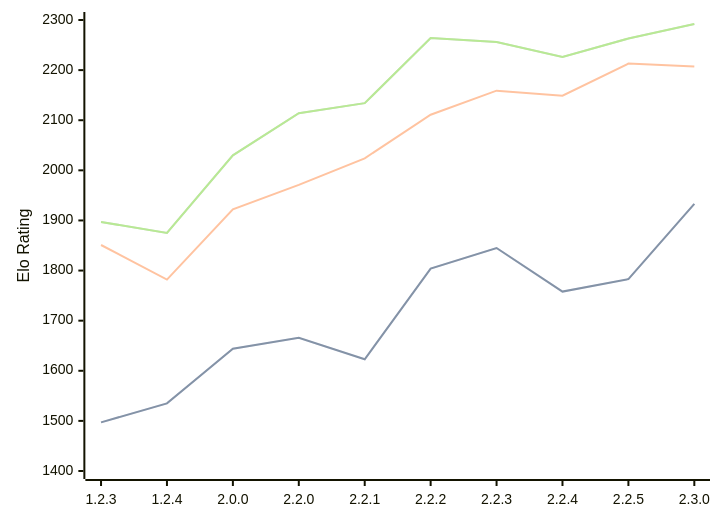
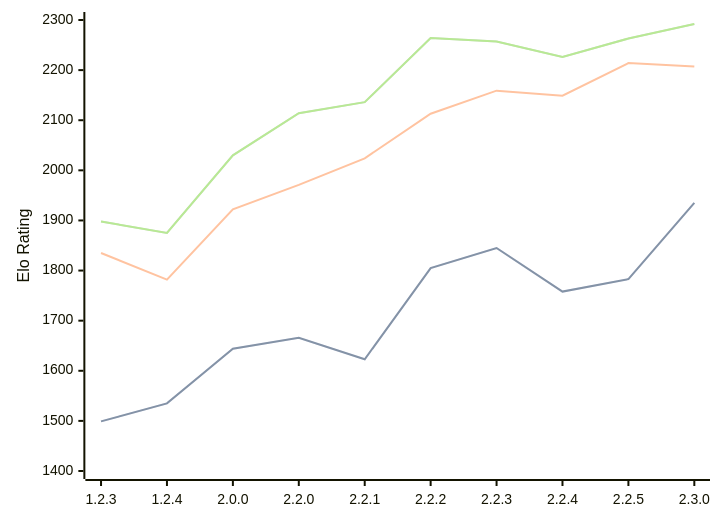
The diagram in engines/Kreveta.md (computer-chess-index/cci), drawn with Mermaid before and after one commit. The commit also changed other lines of this file, not shown here.

Commit message:
Update CCI Ratings (ELO VLTC) - 2026-05-06

````diff
--- a/engines/Kreveta.md
+++ b/engines/Kreveta.md
@@ -42,11 +42,11 @@
 ```mermaid
 %%{init: {"theme":"base","themeVariables":{"seriesColors:['#a3a3a3','#222221','#faa371']}}}%%
 xychart-beta
   x-axis ["1.2.3", "1.2.4", "2.0.0", "2.2.0", "2.2.1", "2.2.2", "2.2.3", "2.2.4", "2.2.5", "2.3.0"]
   y-axis "Elo Rating" 1400 --> 2300
-  line "STC (8.0+0.08s)" [1497, 1535, 1644, 1666, 1623, 1804, 1845, 1758, 1783, 1933]
-  line "STC (8.0+0.08s)" [1497, 1535, 1644, 1666, 1623, 1804, 1845, 1758, 1783, 1933]
-  line "LTC (60.0+0.60s)" [1851, 1782, 1922, 1971, 2024, 2111, 2159, 2149, 2213, 2207]
-  line "VLTC (2m24s+1.12s)" [1897, 1875, 2030, 2114, 2134, 2264, 2256, 2226, 2263, 2292]
-  line "VLTC (2m24s+1.12s)" [1897, 1875, 2030, 2114, 2134, 2264, 2256, 2226, 2263, 2292]
+  line "STC (8.0+0.08s)" [1499, 1535, 1644, 1666, 1623, 1805, 1845, 1758, 1783, 1935]
+  line "STC (8.0+0.08s)" [1499, 1535, 1644, 1666, 1623, 1805, 1845, 1758, 1783, 1935]
+  line "LTC (60.0+0.60s)" [1835, 1782, 1922, 1971, 2024, 2113, 2159, 2149, 2214, 2207]
+  line "VLTC (2m24s+1.12s)" [1898, 1875, 2030, 2114, 2136, 2264, 2257, 2226, 2263, 2292]
+  line "VLTC (2m24s+1.12s)" [1898, 1875, 2030, 2114, 2136, 2264, 2257, 2226, 2263, 2292]
 ```
````
